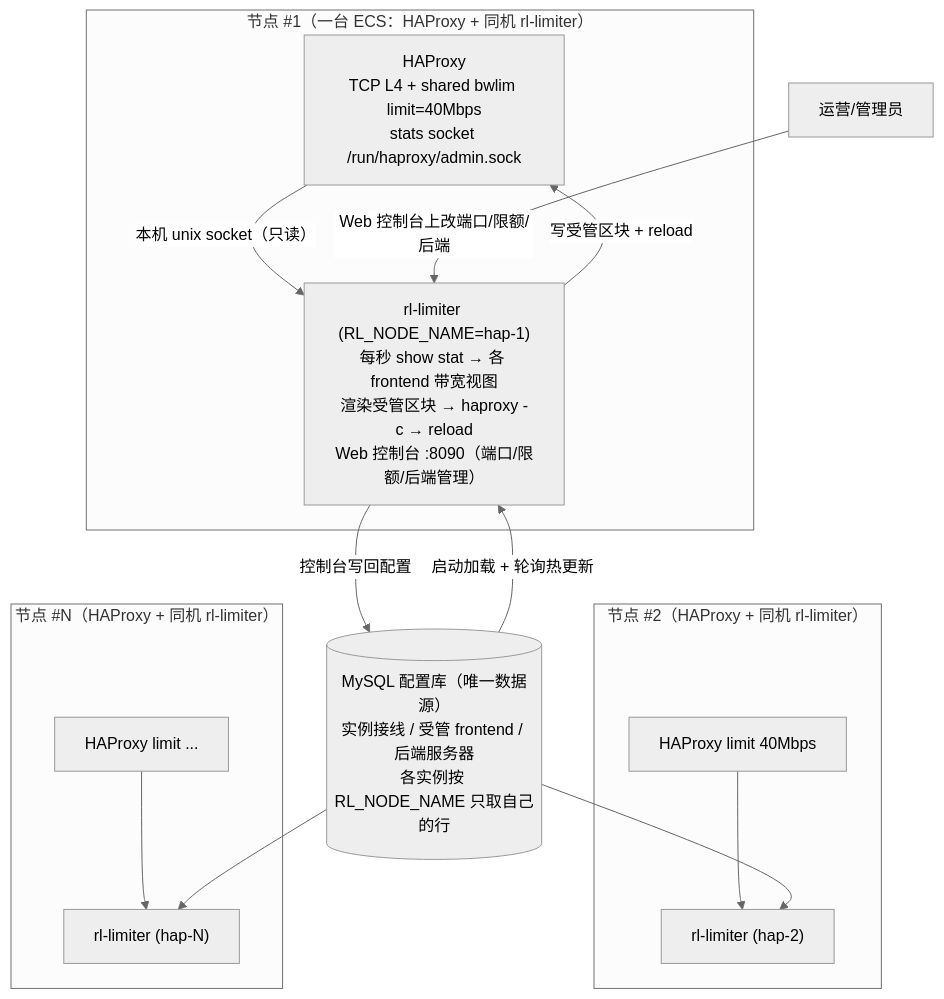
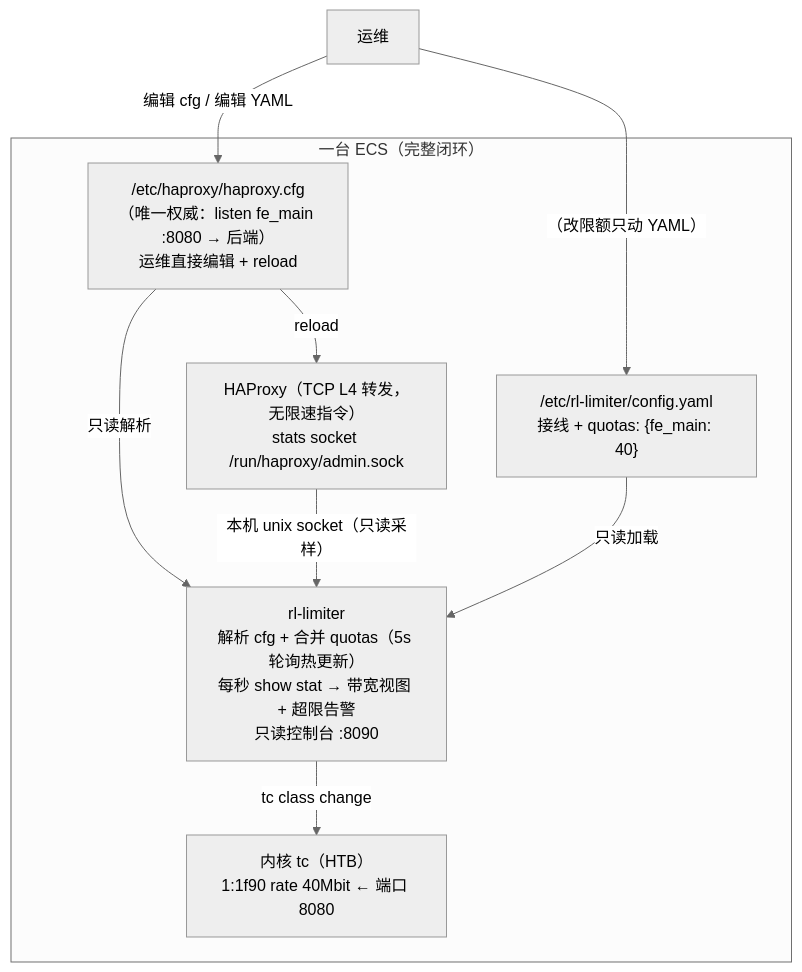
Before and after one commit to ipest-info/haproxy_ingress_rate_limiter: the diagram in docs/01-方案设计.md, drawn with Mermaid (neutral theme). The commit also changed other lines of this file and 47 other files, not shown here.

First line of the commit message:
删除 MySQL 配置源，改为 YAML + 直接解析 haproxy.cfg

````diff
--- a/docs/01-方案设计.md
+++ b/docs/01-方案设计.md
@@ -89,29 +65,18 @@
 ```mermaid
 flowchart TD
-    subgraph N1["节点 #1（一台 ECS：HAProxy + 同机 rl-limiter）"]
-        HA1["HAProxy<br/>TCP L4 + shared bwlim limit=40Mbps<br/>stats socket /run/haproxy/admin.sock"]
-        RL1["rl-limiter (RL_NODE_NAME=hap-1)<br/>每秒 show stat → 各 frontend 带宽视图<br/>渲染受管区块 → haproxy -c → reload<br/>Web 控制台 :8090（端口/限额/后端管理）"]
-        HA1 -- "本机 unix socket（只读）" --> RL1
+    subgraph N1["一台 ECS（完整闭环）"]
+        CFG["/etc/haproxy/haproxy.cfg<br/>（唯一权威：listen fe_main :8080 → 后端）<br/>运维直接编辑 + reload"]
+        YAML["/etc/rl-limiter/config.yaml<br/>接线 + quotas: {fe_main: 40}"]
+        HA1["HAProxy（TCP L4 转发，无限速指令）<br/>stats socket /run/haproxy/admin.sock"]
+        TC["内核 tc（HTB）<br/>1:1f90 rate 40Mbit ← 端口 8080"]
+        RL1["rl-limiter<br/>解析 cfg + 合并 quotas（5s 轮询热更新）<br/>每秒 show stat → 带宽视图 + 超限告警<br/>只读控制台 :8090"]
+        CFG -->|"只读解析"| RL1
+        YAML -->|"只读加载"| RL1
+        CFG -->|"reload"| HA1
+        RL1 -->|"tc class change"| TC
+        HA1 -->|"本机 unix socket（只读采样）"| RL1
     end
 
-    subgraph N2["节点 #2（HAProxy + 同机 rl-limiter）"]
-        HA2["HAProxy limit 40Mbps"]
-        RL2["rl-limiter (hap-2)"]
-        HA2 --> RL2
-    end
-
-    subgraph N3["节点 #N（HAProxy + 同机 rl-limiter）"]
-        HA3["HAProxy limit ..."]
-        RL3["rl-limiter (hap-N)"]
-        HA3 --> RL3
-    end
-
-    DB[("MySQL 配置库（唯一数据源）<br/>实例接线 / 受管 frontend / 后端服务器<br/>各实例按 RL_NODE_NAME 只取自己的行")]
-    DB -- "启动加载 + 轮询热更新" --> RL1
-    DB --> RL2
-    DB --> RL3
-    RL1 -- "控制台写回配置" --> DB
-    RL1 -- "写受管区块 + reload" --> HA1
-
-    OPS["运营/管理员"] -- "Web 控制台上改端口/限额/后端" --> RL1
+    OPS["运维"] -->|"编辑 cfg / 编辑 YAML"| CFG
+    OPS -->|"（改限额只动 YAML）"| YAML
 ```
````
